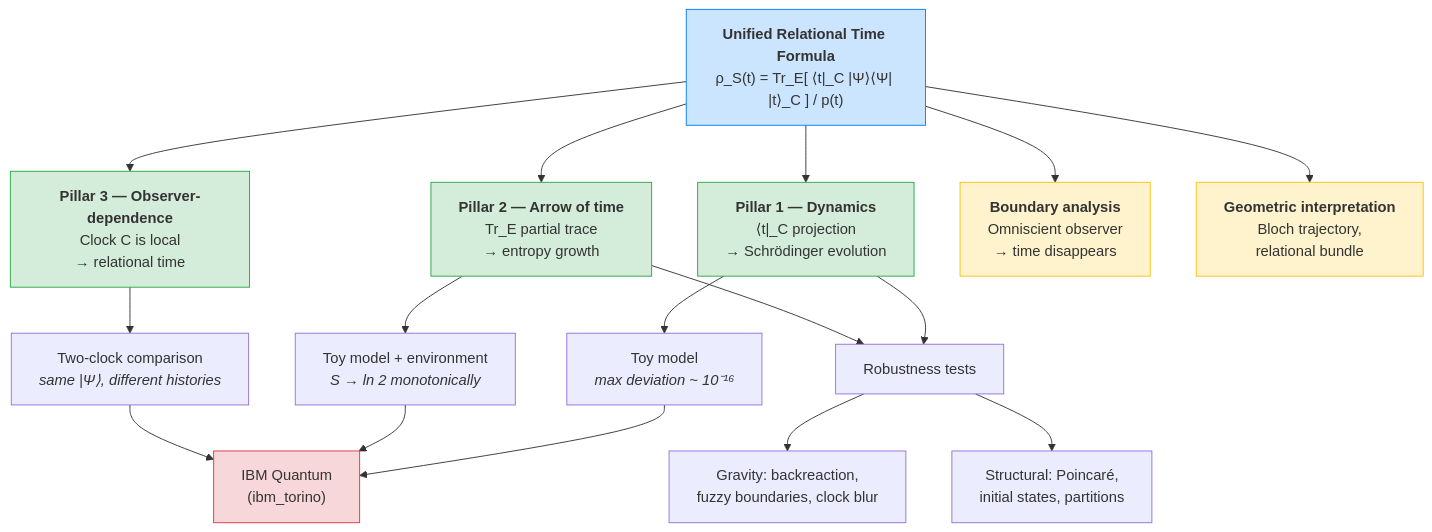
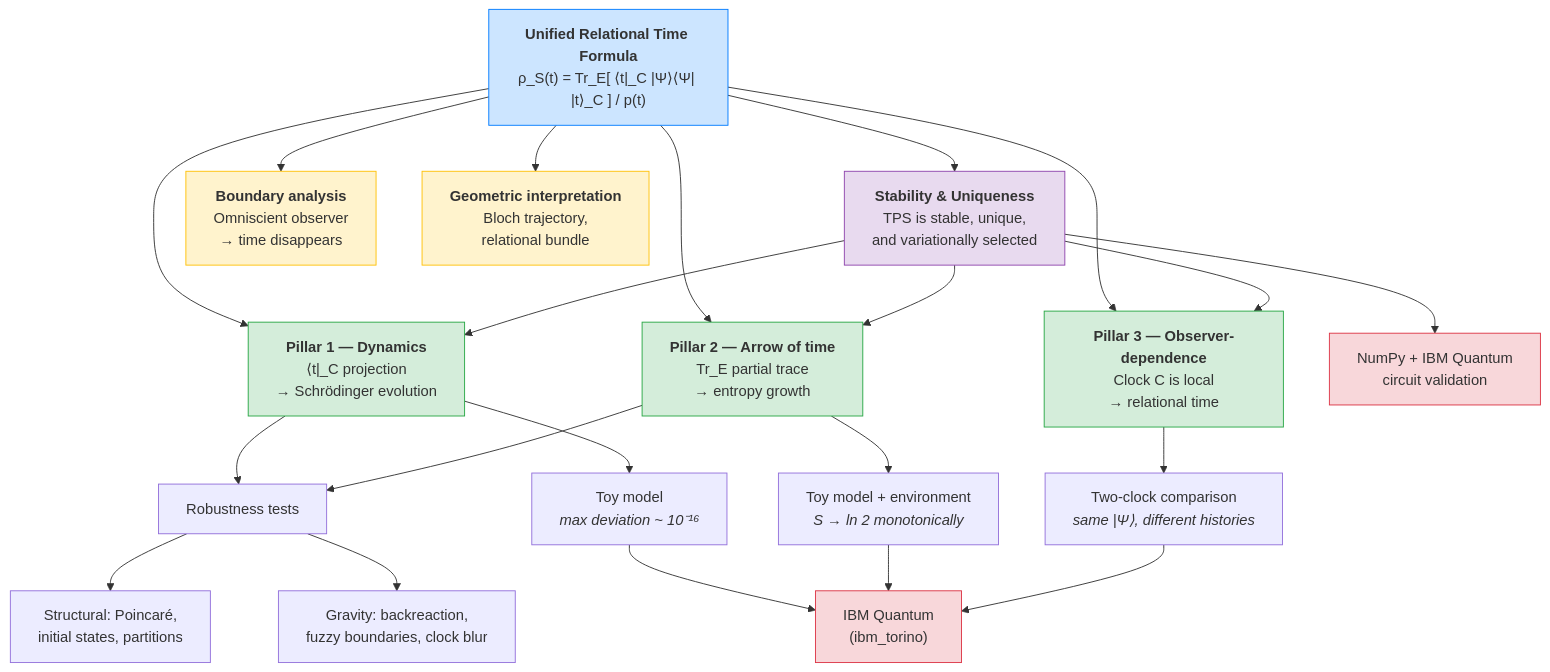
The diagram in README.md (gabgiani/paw-toymodel), drawn with Mermaid before and after one commit. The commit also changed other lines of this file and 10 other files, not shown here.

First line of the commit message:
Add stability & uniqueness analysis with IBM Quantum circuit validation

````diff
--- a/README.md
+++ b/README.md
@@ -28,33 +28,41 @@
 ```mermaid
 flowchart TD
     F["<b>Unified Relational Time Formula</b><br/>ρ_S(t) = Tr_E[ ⟨t|_C |Ψ⟩⟨Ψ| |t⟩_C ] / p(t)"]
 
     F --> P1["<b>Pillar 1 — Dynamics</b><br/>⟨t|_C projection<br/>→ Schrödinger evolution"]
     F --> P2["<b>Pillar 2 — Arrow of time</b><br/>Tr_E partial trace<br/>→ entropy growth"]
     F --> P3["<b>Pillar 3 — Observer-dependence</b><br/>Clock C is local<br/>→ relational time"]
 
     P1 --> V1["Toy model<br/><i>max deviation ~ 10⁻¹⁶</i>"]
     P2 --> V2["Toy model + environment<br/><i>S → ln 2 monotonically</i>"]
     P3 --> V3["Two-clock comparison<br/><i>same |Ψ⟩, different histories</i>"]
 
     V1 --> QPU["IBM Quantum<br/>(ibm_torino)"]
     V2 --> QPU
     V3 --> QPU
 
     P1 --> R["Robustness tests"]
     P2 --> R
     R --> RG["Gravity: backreaction,<br/>fuzzy boundaries, clock blur"]
     R --> RS["Structural: Poincaré,<br/>initial states, partitions"]
 
+    F --> STAB["<b>Stability & Uniqueness</b><br/>TPS is stable, unique,<br/>and variationally selected"]
+    STAB --> P1
+    STAB --> P2
+    STAB --> P3
+    STAB --> STABV["NumPy + IBM Quantum<br/>circuit validation"]
+
     F --> GO["<b>Boundary analysis</b><br/>Omniscient observer<br/>→ time disappears"]
 
     F --> GEO["<b>Geometric interpretation</b><br/>Bloch trajectory,<br/>relational bundle"]
 
     style F fill:#cce5ff,stroke:#007bff
     style P1 fill:#d4edda,stroke:#28a745
     style P2 fill:#d4edda,stroke:#28a745
     style P3 fill:#d4edda,stroke:#28a745
     style QPU fill:#f8d7da,stroke:#dc3545
+    style STAB fill:#e8daef,stroke:#8e44ad
+    style STABV fill:#f8d7da,stroke:#dc3545
     style GO fill:#fff3cd,stroke:#ffc107
     style GEO fill:#fff3cd,stroke:#ffc107
 ```
````
